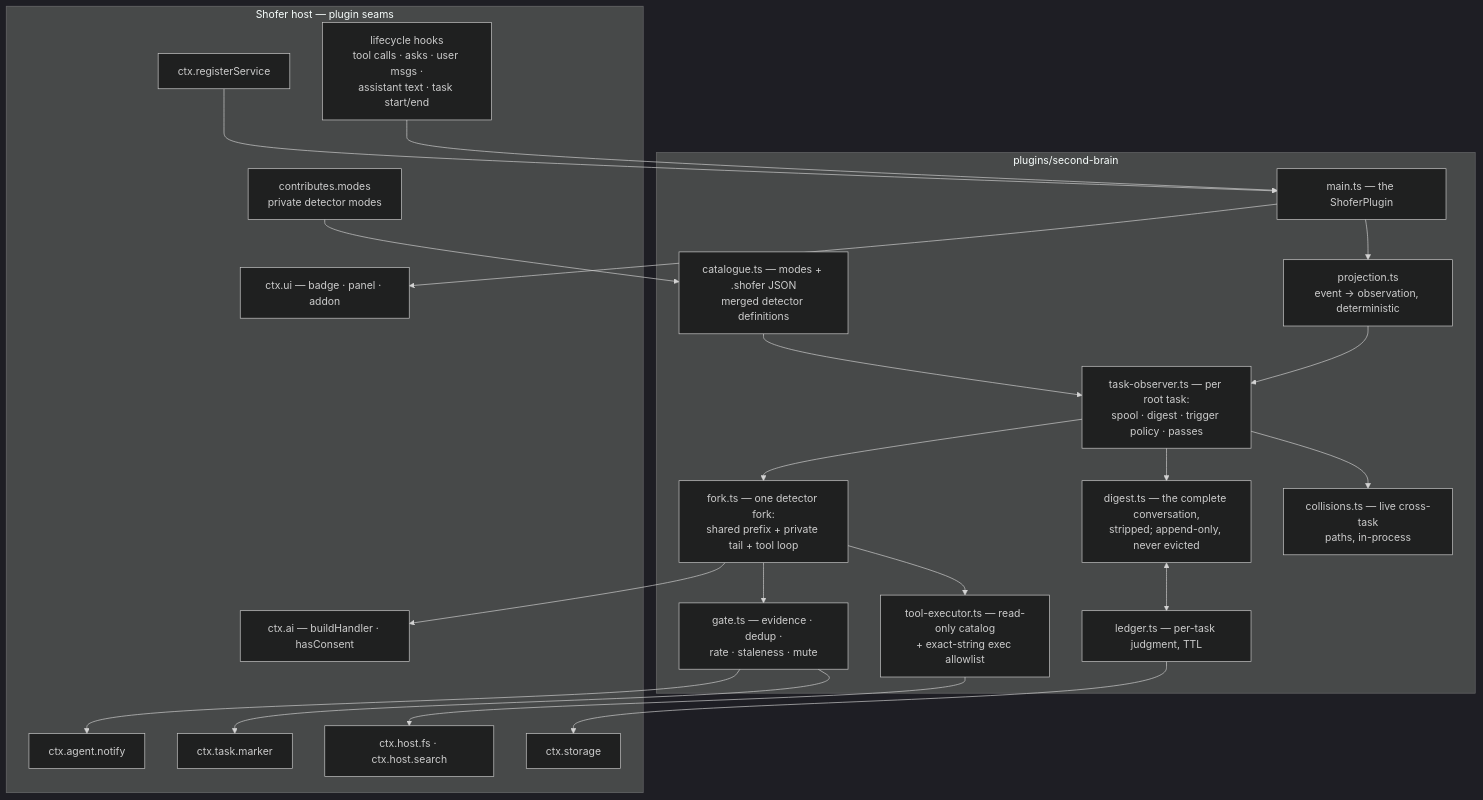
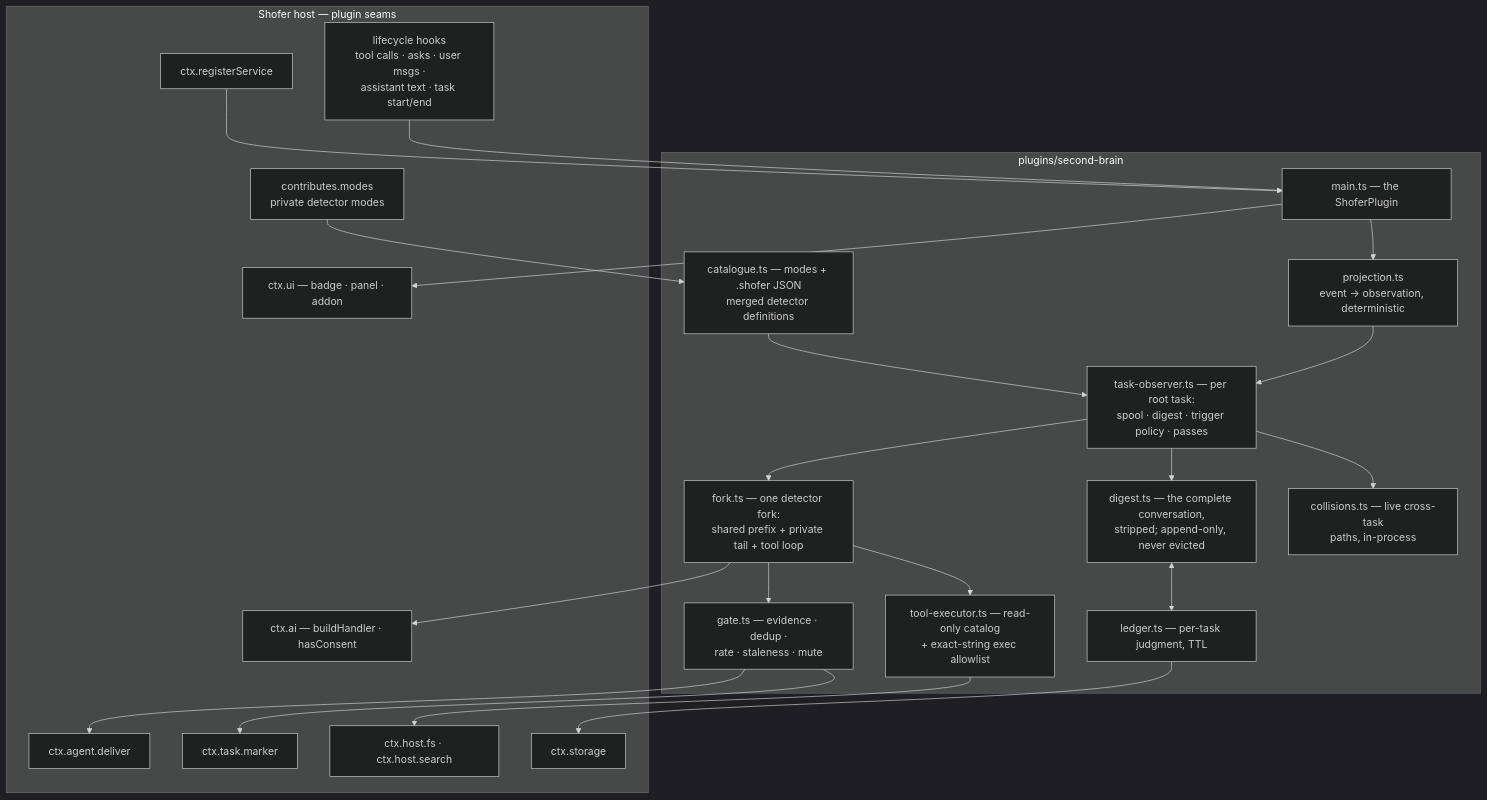
One commit to shofer-dev/shofer changed the first of 3 diagrams in plugins/second-brain/DESIGN.md. Above: the diagram before and after it, drawn with Mermaid (dark theme). The commit also changed other lines of this file and 81 other files, not shown here.

````diff
--- a/plugins/second-brain/DESIGN.md
+++ b/plugins/second-brain/DESIGN.md
@@ -223,40 +223,40 @@
 ```mermaid
 flowchart TD
     subgraph HOST["Shofer host — plugin seams"]
         LC["lifecycle hooks<br/>tool calls · asks · user msgs ·<br/>assistant text · task start/end"]
         SVC["ctx.registerService"]
         AI["ctx.ai — buildHandler · hasConsent"]
-        AG["ctx.agent.notify"]
+        AG["ctx.agent.deliver"]
         TK["ctx.task.marker"]
         FS["ctx.host.fs · ctx.host.search"]
         ST["ctx.storage"]
         MODES["contributes.modes<br/>private detector modes"]
         UI["ctx.ui — badge · panel · addon"]
     end
 
     subgraph PLUGIN["plugins/second-brain"]
         MAIN["main.ts — the ShoferPlugin"]
         PROJ["projection.ts<br/>event → observation, deterministic"]
         OBS["task-observer.ts — per root task:<br/>spool · digest · trigger policy · passes"]
         WIN["digest.ts — the complete conversation,<br/>stripped; append-only, never evicted"]
         FORK["fork.ts — one detector fork:<br/>shared prefix + private tail + tool loop"]
         CAT["catalogue.ts — modes + .shofer JSON<br/>merged detector definitions"]
         GATE["gate.ts — evidence · dedup ·<br/>rate · staleness · mute"]
         LED["ledger.ts — per-task judgment, TTL"]
         TOOLS["tool-executor.ts — read-only catalog<br/>+ exact-string exec allowlist"]
         XTASK["collisions.ts — live cross-task<br/>paths, in-process"]
     end
 
     LC --> MAIN --> PROJ --> OBS
     SVC --> MAIN
     MODES --> CAT --> OBS
     OBS --> WIN
     OBS --> FORK --> AI
     FORK --> TOOLS --> FS
     OBS --> XTASK
     FORK --> GATE
     GATE --> AG
     GATE --> TK
     WIN <--> LED --> ST
     MAIN --> UI
 ```
````
